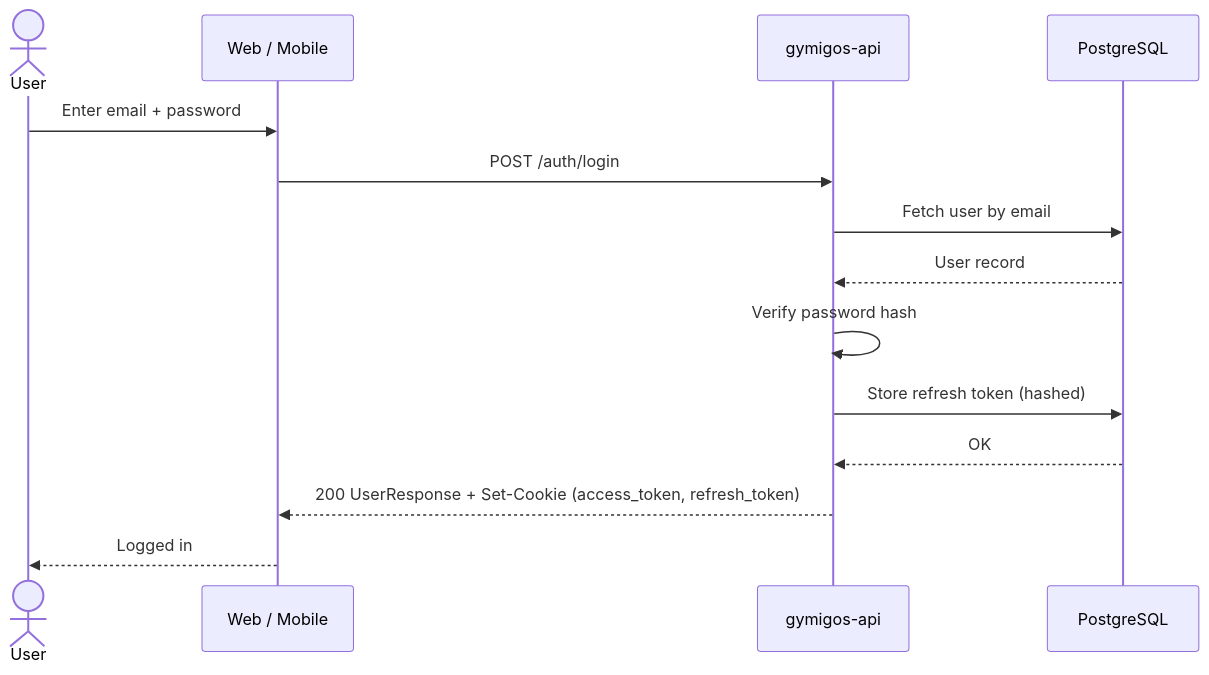
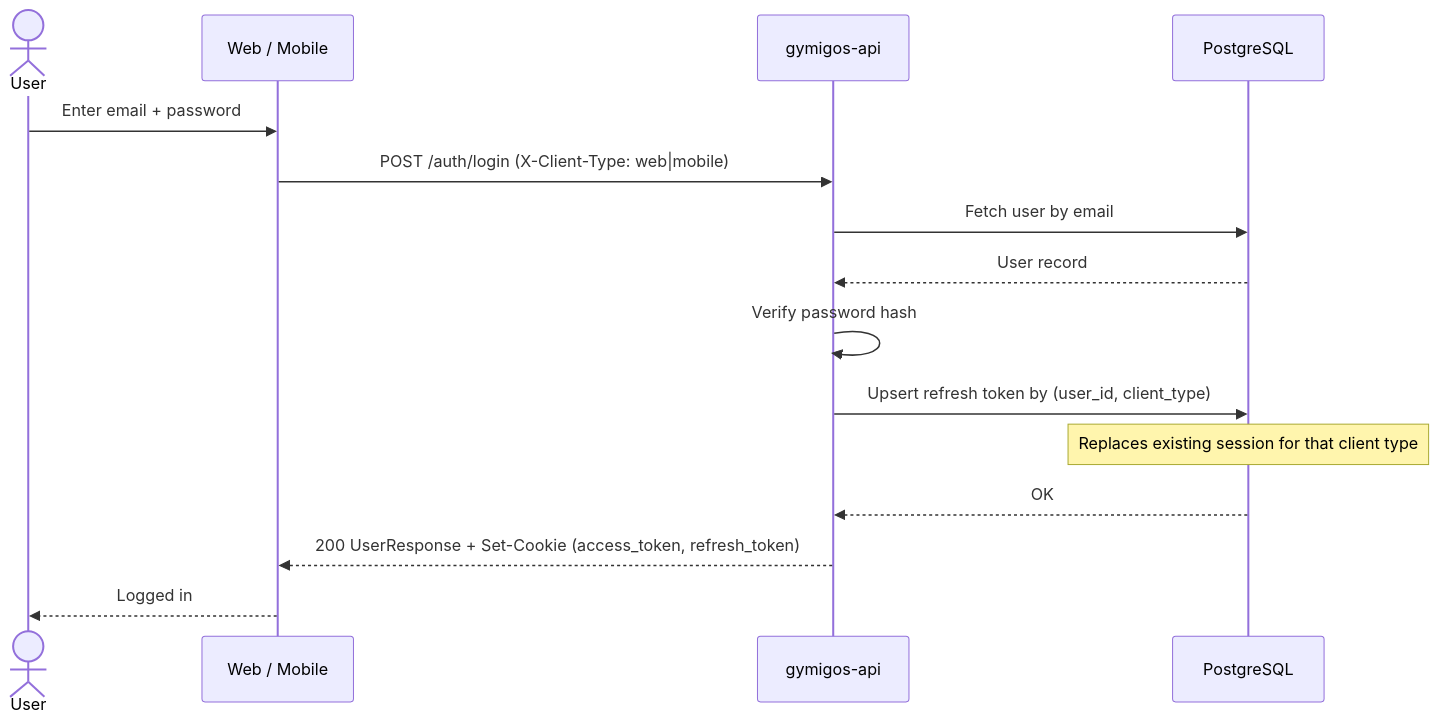
One commit to phelypecavalcante/gymigos-infra changed the second of 4 diagrams in docs/flows/auth-flow.md. Above: the diagram before and after it, drawn with Mermaid. The commit also changed other lines of this file, not shown here.

Commit message:
docs: update auth flow — X-Client-Type header, upsert behaviour, correct logout cookie

````diff
--- a/docs/flows/auth-flow.md
+++ b/docs/flows/auth-flow.md
@@ -26,17 +28,18 @@
 ```mermaid
 sequenceDiagram
   actor User
   participant Client as Web / Mobile
   participant API as gymigos-api
   participant DB as PostgreSQL
 
   User->>Client: Enter email + password
-  Client->>API: POST /auth/login
+  Client->>API: POST /auth/login (X-Client-Type: web|mobile)
   API->>DB: Fetch user by email
   DB-->>API: User record
   API->>API: Verify password hash
-  API->>DB: Store refresh token (hashed)
+  API->>DB: Upsert refresh token by (user_id, client_type)
+  Note over DB: Replaces existing session for that client type
   DB-->>API: OK
   API-->>Client: 200 UserResponse + Set-Cookie (access_token, refresh_token)
   Client-->>User: Logged in
 ```
````
